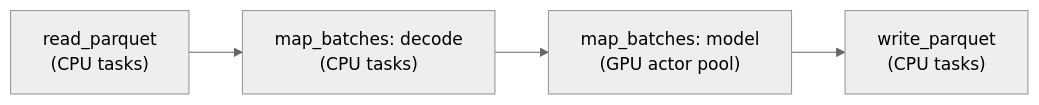
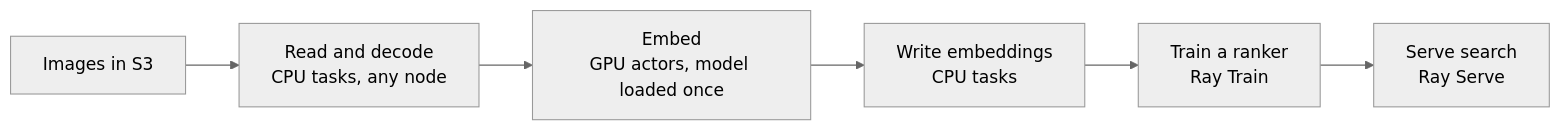
One commit to gopikrishtummala/gopikrishtummala.github.io changed the diagram in src/data/blog/mlops/ray-field-guide-core-to-production.md. Above: the diagram before and after it, drawn with Mermaid (neutral theme). The commit also changed other lines of this file and 11 other files, not shown here.

````diff
--- a/src/data/blog/mlops/ray-field-guide-core-to-production.md
+++ b/src/data/blog/mlops/ray-field-guide-core-to-production.md
@@ -447,6 +39,8 @@
 ```mermaid
 flowchart LR
-  A["read_parquet<br/>(CPU tasks)"] --> B["map_batches: decode<br/>(CPU tasks)"]
-  B --> C["map_batches: model<br/>(GPU actor pool)"]
-  C --> D["write_parquet<br/>(CPU tasks)"]
+  S3["Images in S3"] --> R["Read and decode<br/>CPU tasks, any node"]
+  R --> M["Embed<br/>GPU actors, model loaded once"]
+  M --> W["Write embeddings<br/>CPU tasks"]
+  W --> T["Train a ranker<br/>Ray Train"]
+  T --> V["Serve search<br/>Ray Serve"]
 ```
````
